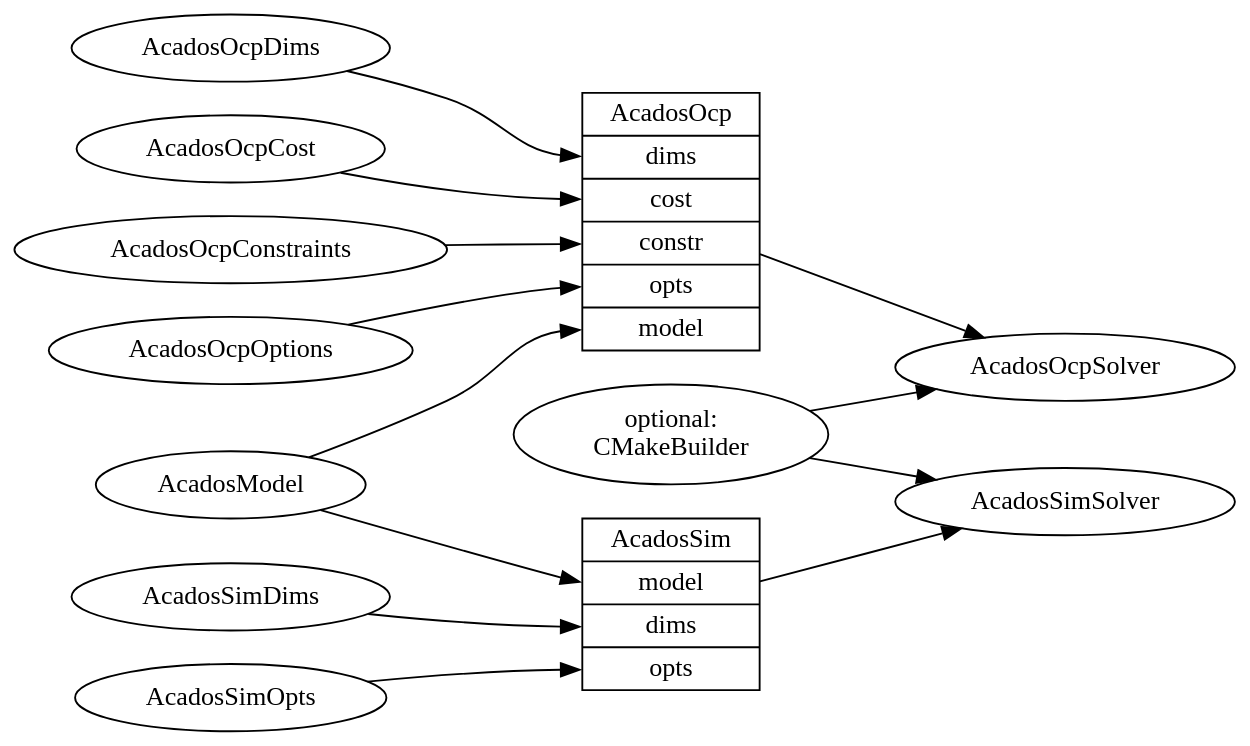
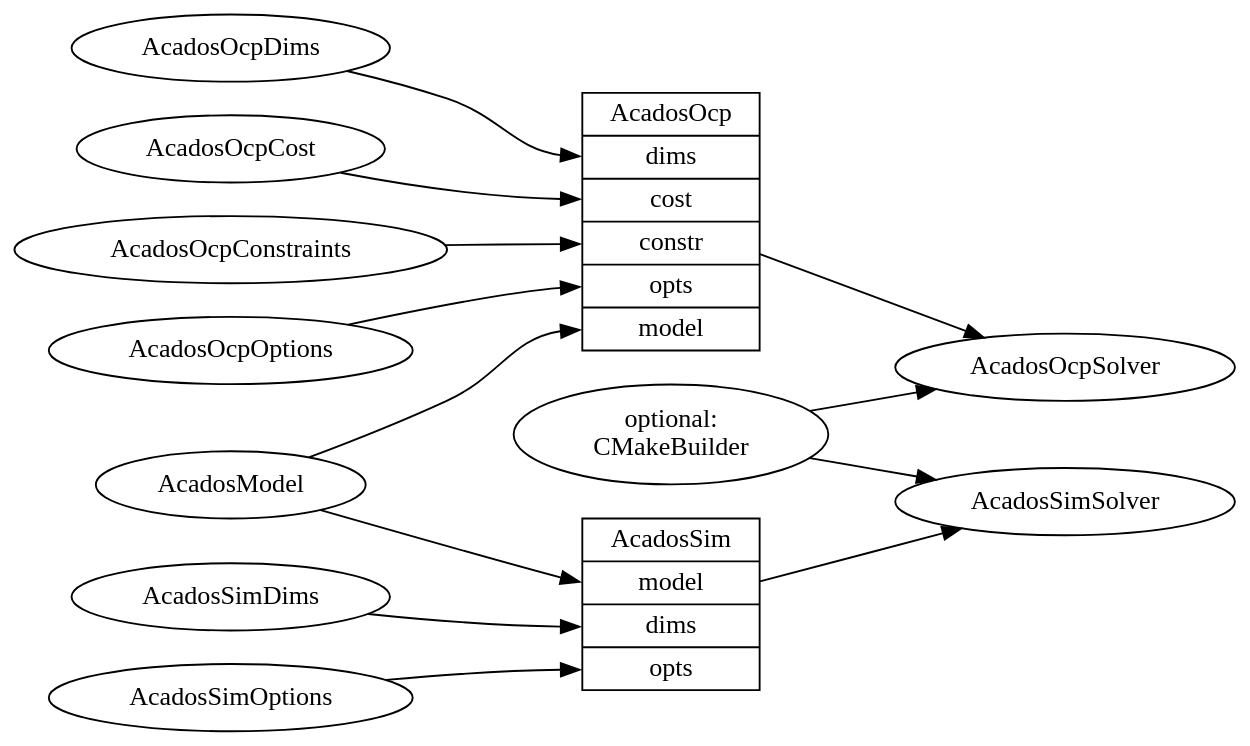
Before and after one commit to acados/acados: the diagram in docs/python_interface/py_acados_classes.dot, drawn with Graphviz. The commit also changed 3 other files, not shown here.

Commit message:
rename AcadosSimOpts -> AcadosSimOptions

```diff
--- a/docs/python_interface/py_acados_classes.dot
+++ b/docs/python_interface/py_acados_classes.dot
@@ -1,59 +1,59 @@
 // This file is used to draw the dependency graph of acados classes in the Python API documentation
 
 // the graph
 digraph ocp {
     bgcolor="transparent"
     // some graph-specific definitions
     graph [
            rankdir = "LR"
            ];
 
     node [style=filled fillcolor=white];
     // define the CMakeBuilder
     cmakebuilder [label="optional:\nCMakeBuilder"
                   href="../python_interface/index.html#acados_template.builders.CMakeBuilder", target="_top"];
 
     // define solver nodes
     solver [label="AcadosOcpSolver"
              href="../python_interface/index.html#acados_template.acados_ocp_solver.AcadosOcpSolver", target="_top"];
     ocp [label="<class> AcadosOcp | <dims> dims | <cost> cost | <constr> constr | <opts> opts | <model> model"
          shape = "record"
          href="../python_interface/index.html#acados_template.acados_ocp.AcadosOcp", target="_top"];
     model [label="AcadosModel"
            href="../python_interface/index.html#acados_template.acados_model.AcadosModel", target="_top"];
     ocpdims [label="AcadosOcpDims"
              href="../python_interface/index.html#acados_template.acados_dims.AcadosOcpDims", target="_top"];
     ocpcost [label="AcadosOcpCost"
              href="../python_interface/index.html#acados_template.acados_ocp_cost.AcadosOcpCost", target="_top"];
     ocpconstr [label="AcadosOcpConstraints"
                href="../python_interface/index.html#acados_template.acados_ocp_constraints.AcadosOcpConstraints", target="_top"];
     ocpopts [label="AcadosOcpOptions"
              href="../python_interface/index.html#acados_template.acados_ocp_options.AcadosOcpOptions", target="_top"];
 
     // solver graph
     cmakebuilder -> solver;
     ocp -> solver;
     model -> ocp:model;
     ocpdims -> ocp:dims;
     ocpcost -> ocp:cost;
     ocpconstr -> ocp:constr;
     ocpopts -> ocp:opts;
 
     // define sim nodes
     sim [label="<class> AcadosSim | <model> model| <dims> dims | <opts> opts"
          shape = "record"
          href="../python_interface/index.html#acados_template.acados_sim.AcadosSim", target="_top"];
     simdims [label="AcadosSimDims"
              href="../python_interface/index.html#acados_template.acados_dims.AcadosSimDims", target="_top"];
-    simopts [label="AcadosSimOpts"
-             href="../python_interface/index.html#acados_template.acados_sim.AcadosSimOpts", target="_top"];
+    simopts [label="AcadosSimOptions"
+             href="../python_interface/index.html#acados_template.acados_sim.AcadosSimOptions", target="_top"];
     simsolver [label="AcadosSimSolver"
              href="../python_interface/index.html#acados_template.acados_sim_solver.AcadosSimSolver", target="_top"];
 
     // sim graph
     model -> sim:model;
     simdims -> sim:dims;
     simopts -> sim:opts;
     sim -> simsolver;
     cmakebuilder -> simsolver;
 }
```
